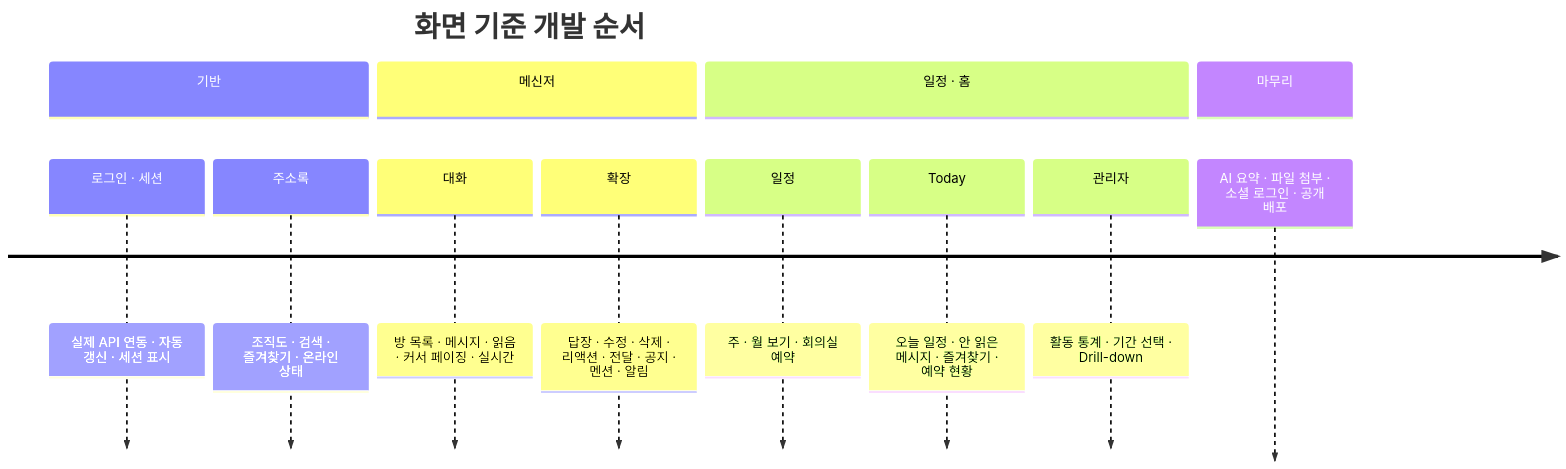
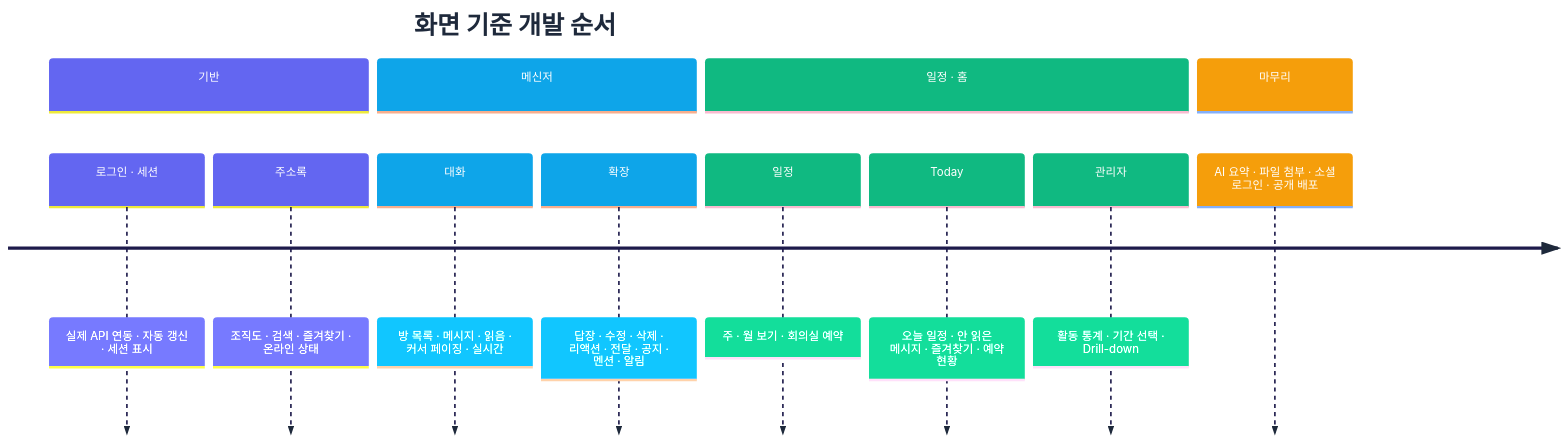
One commit to wjsgusdn12/naverworks_clone_front changed the tenth of 10 diagrams in README.md. Above: the diagram before and after it, drawn with Mermaid. The commit also changed other lines of this file and 20 other files, not shown here.

Commit message:
README 다이어그램에 공통 테마 적용, 자동 줄바꿈 제거

````diff
--- a/README.md
+++ b/README.md
@@ -270,16 +775,63 @@
 ```mermaid
+---
+config:
+  theme: base
+  fontFamily: "Pretendard, Malgun Gothic, Apple SD Gothic Neo, Noto Sans KR, sans-serif"
+  markdownAutoWrap: false
+  themeVariables:
+    fontSize: 14px
+    primaryColor: "#eef2ff"
+    primaryTextColor: "#1e1b4b"
+    primaryBorderColor: "#818cf8"
+    secondaryColor: "#f0f9ff"
+    secondaryBorderColor: "#7dd3fc"
+    tertiaryColor: "#f8fafc"
+    tertiaryBorderColor: "#cbd5e1"
+    lineColor: "#64748b"
+    textColor: "#1e293b"
+    clusterBkg: "#f8fafc"
+    clusterBorder: "#cbd5e1"
+    edgeLabelBackground: "#ffffff"
+    nodeBorder: "#818cf8"
+    mainBkg: "#eef2ff"
+    actorBkg: "#eef2ff"
+    actorBorder: "#818cf8"
+    actorTextColor: "#1e1b4b"
+    actorLineColor: "#cbd5e1"
+    signalColor: "#334155"
+    signalTextColor: "#334155"
+    labelBoxBkgColor: "#f1f5f9"
+    labelBoxBorderColor: "#cbd5e1"
+    noteBkgColor: "#fef3c7"
+    noteBorderColor: "#fbbf24"
+    noteTextColor: "#78350f"
+    activationBkgColor: "#e0e7ff"
+    activationBorderColor: "#818cf8"
+    cScale0: "#6366f1"
+    cScale1: "#0ea5e9"
+    cScale2: "#10b981"
+    cScale3: "#f59e0b"
+    cScale4: "#ec4899"
+    cScaleLabel0: "#ffffff"
+    cScaleLabel1: "#ffffff"
+    cScaleLabel2: "#ffffff"
+    cScaleLabel3: "#ffffff"
+    cScaleLabel4: "#ffffff"
+    attributeBackgroundColorEven: "#f8fafc"
+    attributeBackgroundColorOdd: "#ffffff"
+---
 timeline
     title 화면 기준 개발 순서
     section 기반
         로그인 · 세션 : 실제 API 연동 · 자동 갱신 · 세션 표시
         주소록 : 조직도 · 검색 · 즐겨찾기 · 온라인 상태
     section 메신저
         대화 : 방 목록 · 메시지 · 읽음 · 커서 페이징 · 실시간
         확장 : 답장 · 수정 · 삭제 · 리액션 · 전달 · 공지 · 멘션 · 알림
     section 일정 · 홈
         일정 : 주 · 월 보기 · 회의실 예약
         Today : 오늘 일정 · 안 읽은 메시지 · 즐겨찾기 · 예약 현황
         관리자 : 활동 통계 · 기간 선택 · Drill-down
     section 마무리
         AI 요약 · 파일 첨부 · 소셜 로그인 · 공개 배포
 ```
````
